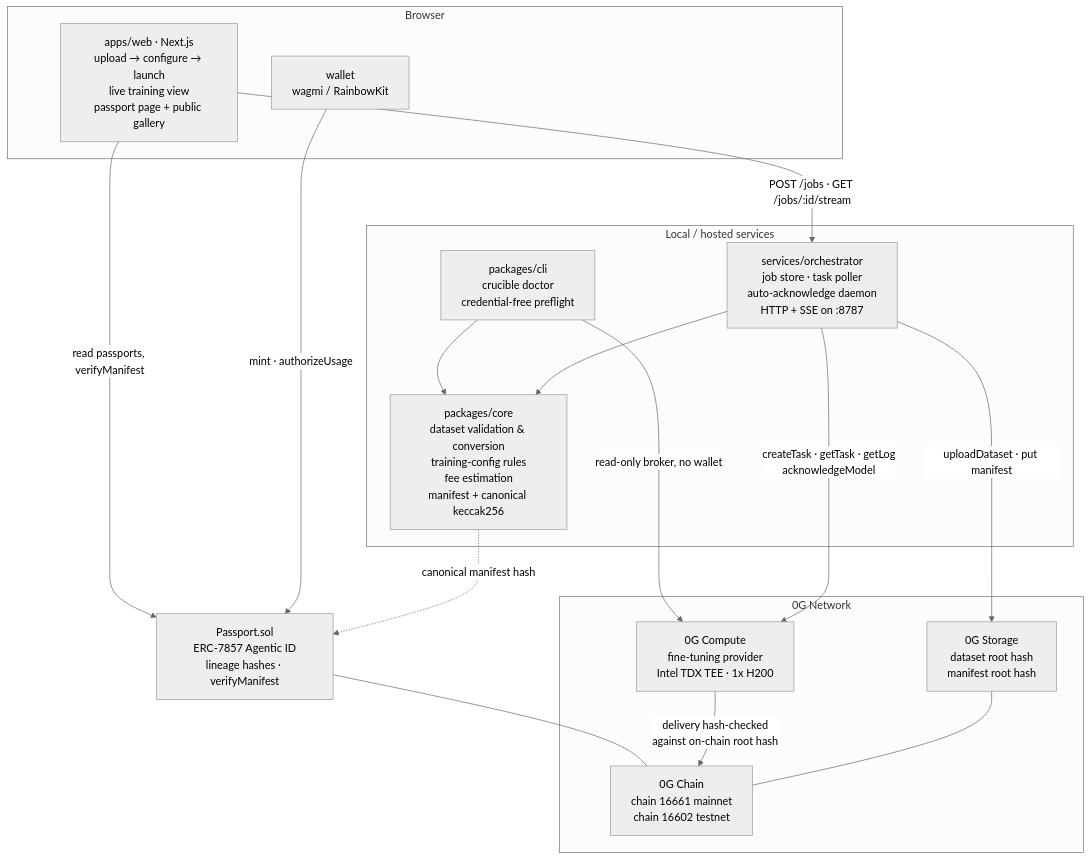
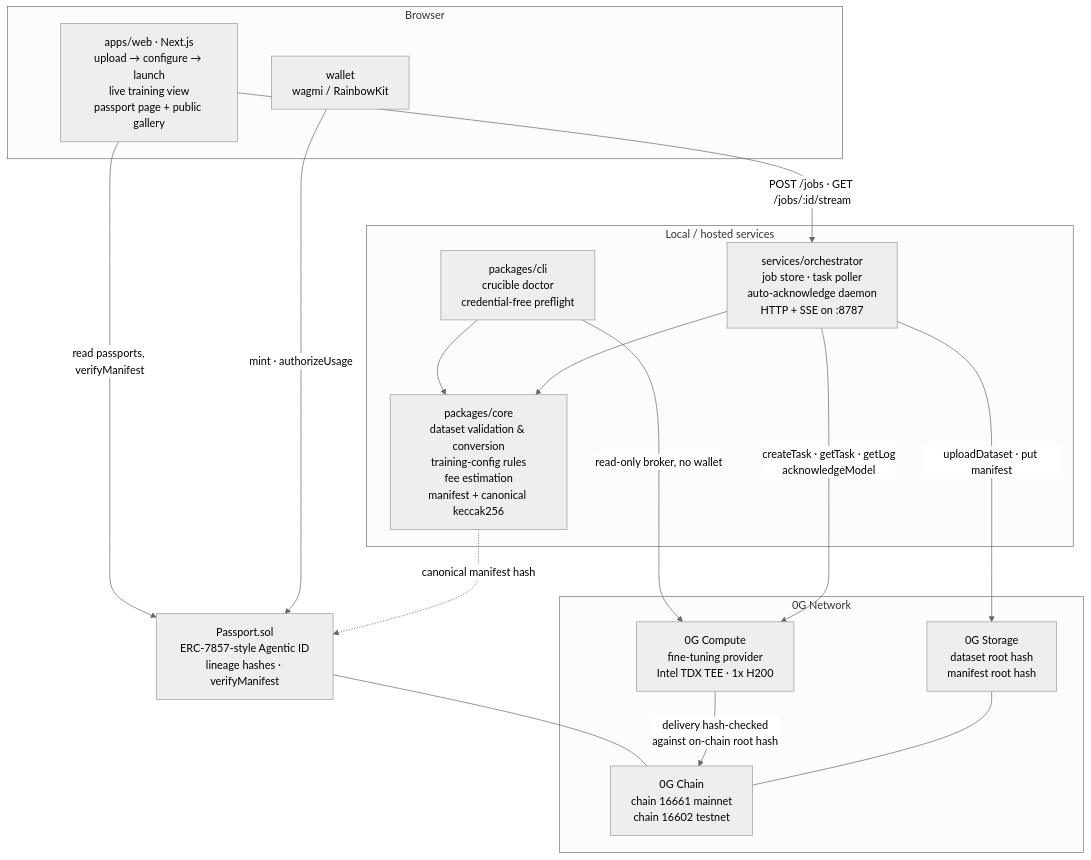
The first of 3 diagrams in submission/ARCHITECTURE.md (Professional50coder/crucible), drawn with Mermaid (neutral theme) before and after one commit. The commit also changed other lines of this file and 6 other files, not shown here.

````diff
--- a/submission/ARCHITECTURE.md
+++ b/submission/ARCHITECTURE.md
@@ -17,34 +17,34 @@
 ```mermaid
 flowchart TB
     subgraph client["Browser"]
         WEB["apps/web · Next.js<br/>upload → configure → launch<br/>live training view<br/>passport page + public gallery"]
         WALLET["wallet<br/>wagmi / RainbowKit"]
     end
 
     subgraph server["Local / hosted services"]
         ORCH["services/orchestrator<br/>job store · task poller<br/>auto-acknowledge daemon<br/>HTTP + SSE on :8787"]
         CORE["packages/core<br/>dataset validation & conversion<br/>training-config rules<br/>fee estimation<br/>manifest + canonical keccak256"]
         CLI["packages/cli<br/>crucible doctor<br/>credential-free preflight"]
     end
 
     subgraph og["0G Network"]
         COMPUTE["0G Compute<br/>fine-tuning provider<br/>Intel TDX TEE · 1x H200"]
         STORAGE["0G Storage<br/>dataset root hash<br/>manifest root hash"]
         CHAIN["0G Chain<br/>chain 16661 mainnet<br/>chain 16602 testnet"]
     end
 
-    PASSPORT["Passport.sol<br/>ERC-7857 Agentic ID<br/>lineage hashes · verifyManifest"]
+    PASSPORT["Passport.sol<br/>ERC-7857-style Agentic ID<br/>lineage hashes · verifyManifest"]
 
     WEB -->|"POST /jobs · GET /jobs/:id/stream"| ORCH
     WEB -->|"read passports, verifyManifest"| PASSPORT
     WALLET -->|"mint · authorizeUsage"| PASSPORT
     CLI --> CORE
     CLI -->|"read-only broker, no wallet"| COMPUTE
     ORCH --> CORE
     ORCH -->|"createTask · getTask · getLog<br/>acknowledgeModel"| COMPUTE
     ORCH -->|"uploadDataset · put manifest"| STORAGE
     CORE -.->|"canonical manifest hash"| PASSPORT
     PASSPORT --- CHAIN
     COMPUTE -->|"delivery hash-checked<br/>against on-chain root hash"| CHAIN
     STORAGE --- CHAIN
 ```
````
